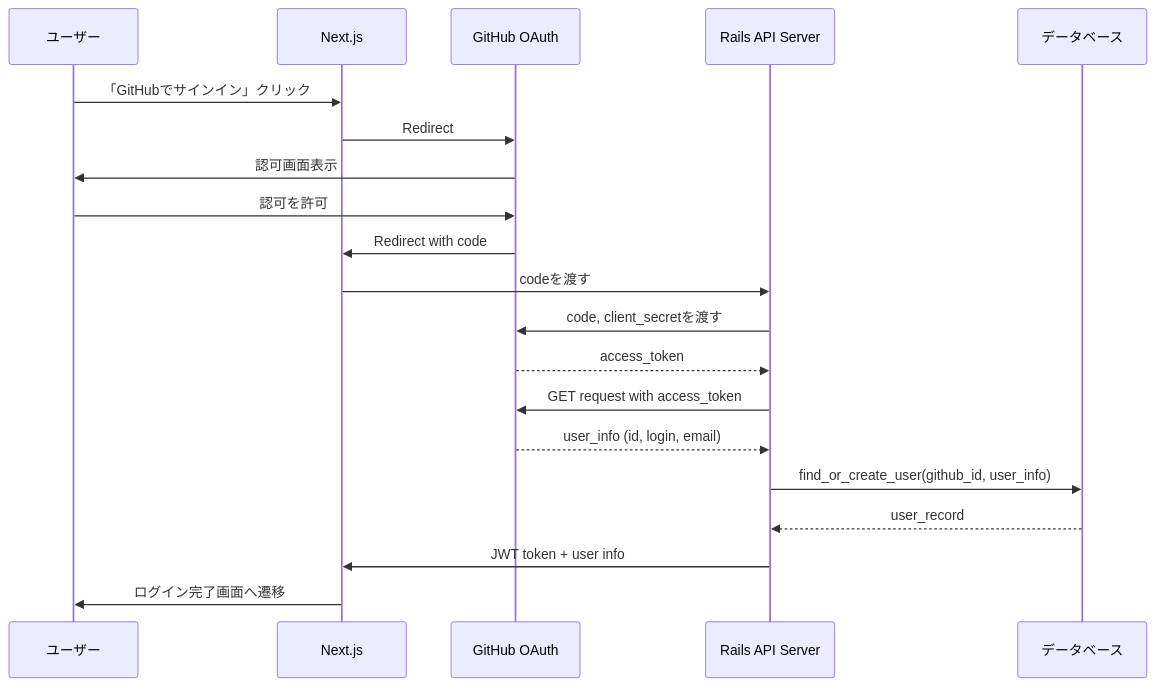
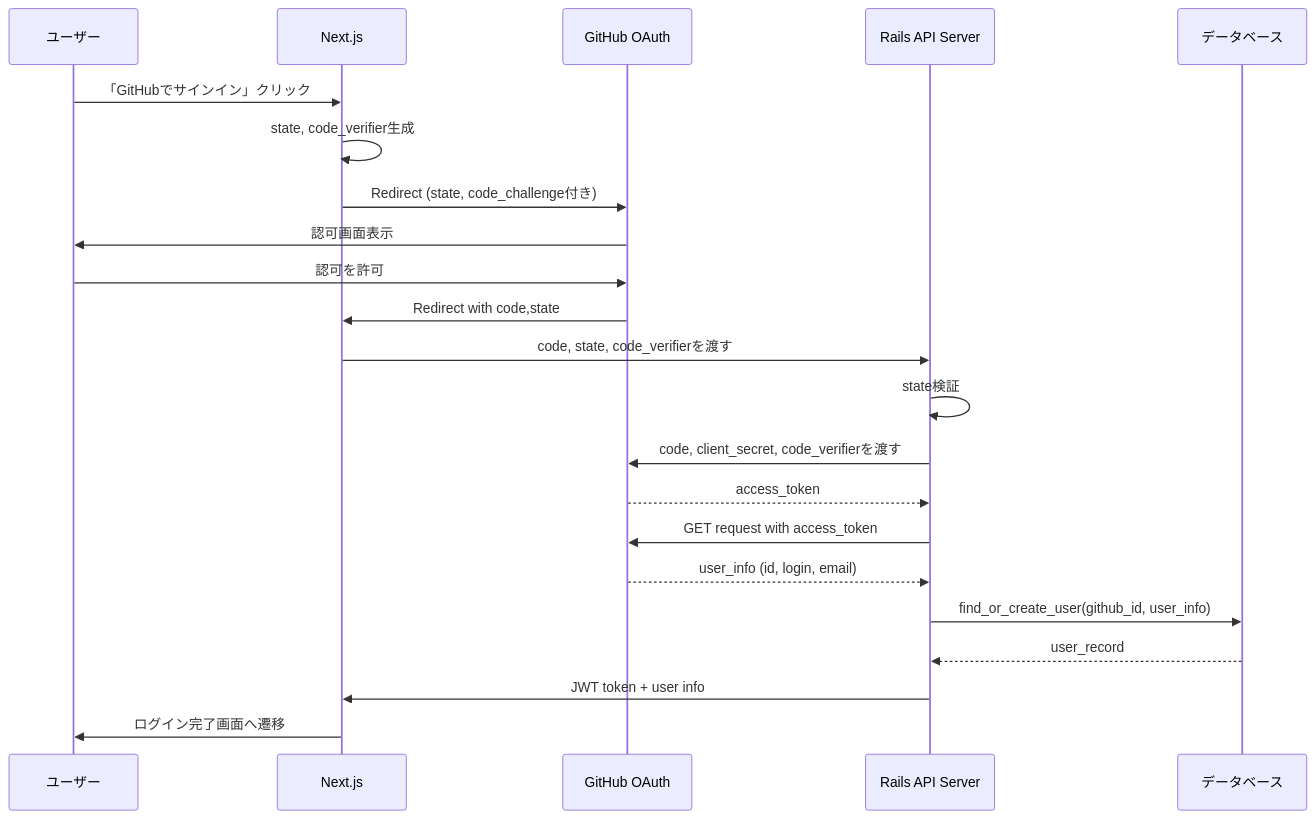
The diagram in signin-sequence.md (tsukuneA1/git-feed), drawn with Mermaid before and after one commit.

Commit message:
fix:stateパラメータ追加

````diff
--- a/signin-sequence.md
+++ b/signin-sequence.md
@@ -1,23 +1,25 @@
 ```mermaid
 sequenceDiagram
     participant User as ユーザー
     participant Frontend as Next.js
     participant GitHub as GitHub OAuth
     participant API as Rails API Server
     participant DB as データベース
 
     User ->> Frontend: 「GitHubでサインイン」クリック
-    Frontend ->> GitHub: Redirect
+    Frontend ->> Frontend: state, code_verifier生成
+    Frontend ->> GitHub: Redirect (state, code_challenge付き)
     GitHub ->> User: 認可画面表示
     User ->> GitHub: 認可を許可
-    GitHub ->> Frontend: Redirect with code
-    Frontend ->> API: codeを渡す
-    API ->> GitHub: code, client_secretを渡す
+    GitHub ->> Frontend: Redirect with code,state
+    Frontend ->> API: code, state, code_verifierを渡す
+    API ->> API: state検証
+    API ->> GitHub: code, client_secret, code_verifierを渡す
     GitHub -->> API: access_token
     API ->> GitHub: GET request with access_token
     GitHub -->> API: user_info (id, login, email) 
     API ->> DB: find_or_create_user(github_id, user_info)
     DB -->> API: user_record
     API ->> Frontend: JWT token + user info
     Frontend ->> User: ログイン完了画面へ遷移
 ```
````
